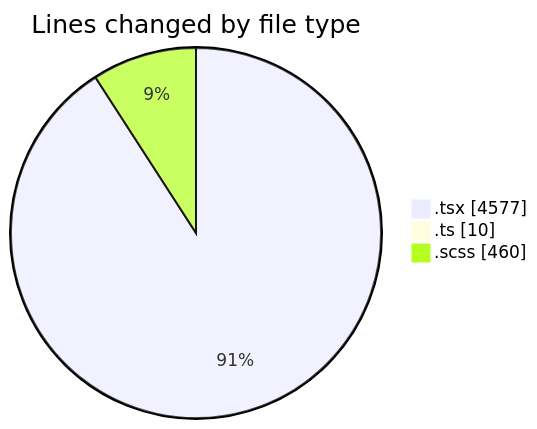
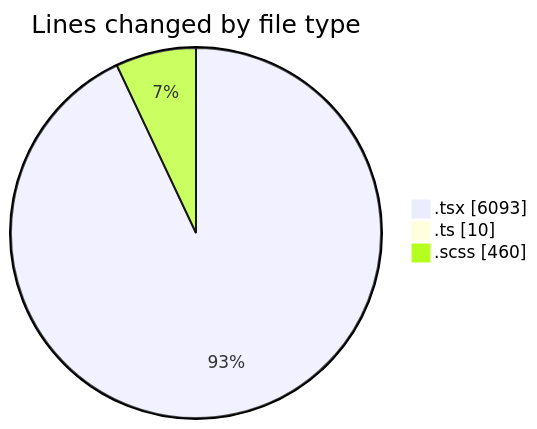
One commit to momahboobian/code-tracking changed the first of 2 diagrams in 2025-11-17/cda/README.md. Above: the diagram before and after it, drawn with Mermaid. The commit also changed other lines of this file and 1 other file, not shown here.

````diff
--- a/2025-11-17/cda/README.md
+++ b/2025-11-17/cda/README.md
@@ -30,7 +31,7 @@
 ```mermaid
 pie showData
 title Lines changed by file type
-".tsx" : 4577
+".tsx" : 6093
 ".ts" : 10
 ".scss" : 460
 ```
````
